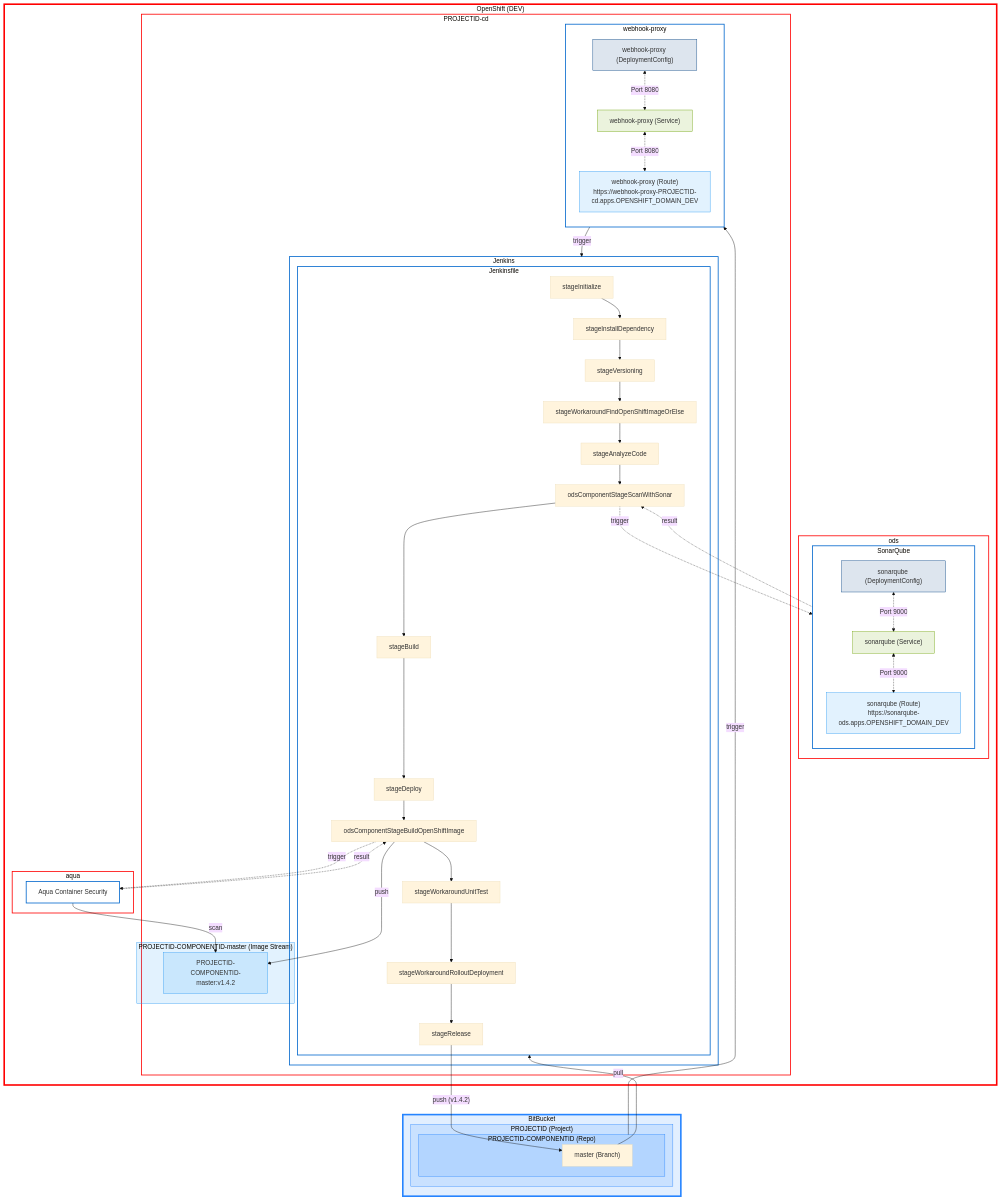
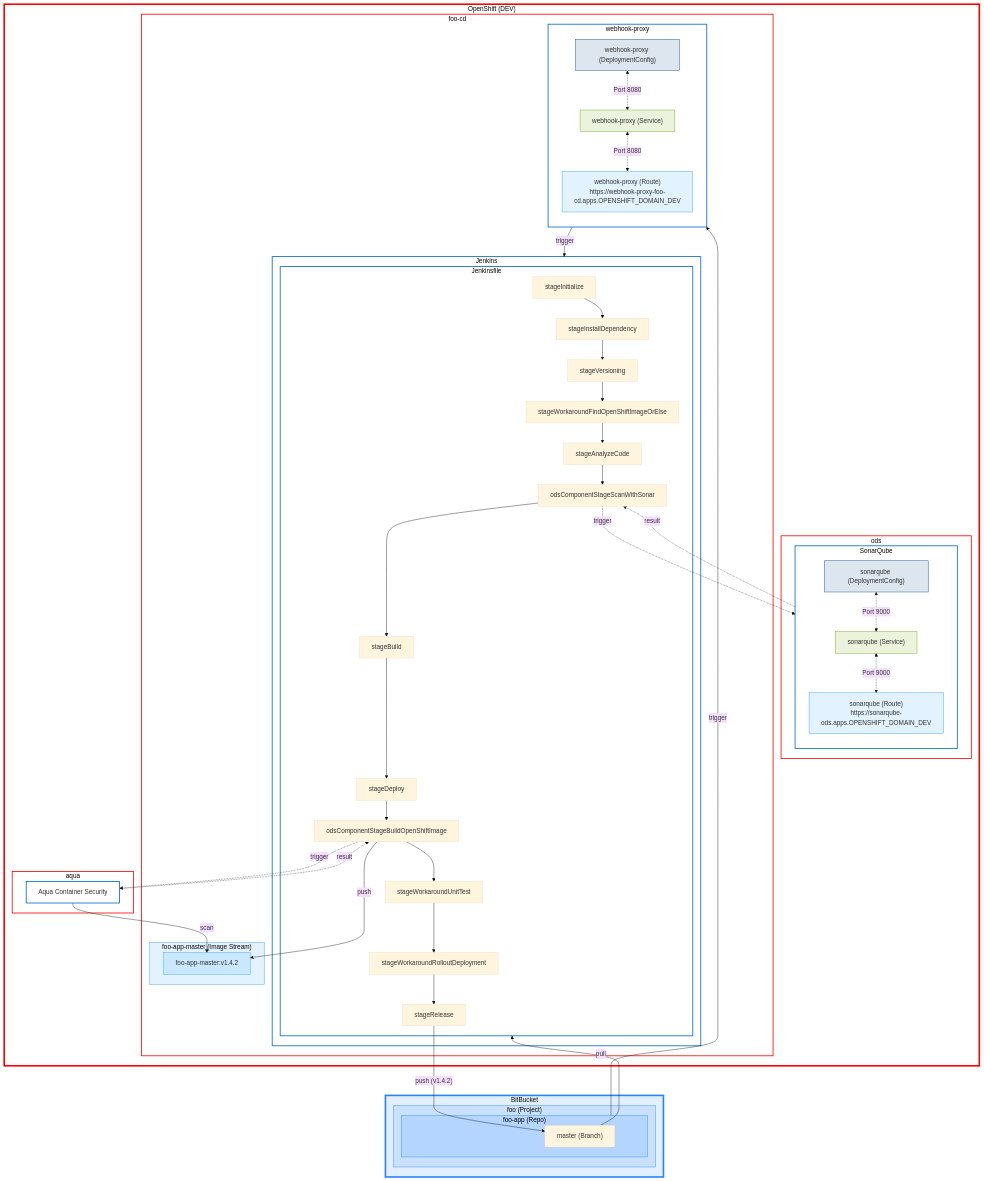
One commit to SimonGolms/ods-quickstarter-fe-ionic-react-vite-playwright changed the first of 5 diagrams in README.md. Above: the diagram before and after it, drawn with Mermaid (base theme). The commit also changed other lines of this file and 1 other file, not shown here.

First line of the commit message:
chore(release): 1.0.3 [skip ci]

````diff
--- a/README.md
+++ b/README.md
@@ -567,67 +567,67 @@
 ```mermaid
 %% If the Mermaid Diagram is not rendered (as is the case on BitBucket), it can be viewed at https://mermaid.live/
 flowchart TB
     subgraph openshift-dev["OpenShift (DEV)"]
         subgraph ods
             subgraph sonarqube["SonarQube"]
                 direction TB
                 ods-DC-sonarqube["sonarqube (DeploymentConfig)"]:::classDeploymentConfig <-. Port 9000 .-> ods-S-sonarqube["sonarqube (Service)"]:::classService <-. Port 9000 .-> ods-RT-sonarqube["sonarqube (Route)\nhttps://sonarqube-ods.apps.OPENSHIFT_DOMAIN_DEV"]:::classRoute
             end
         end
         subgraph aqua
             aqua-aqua["Aqua Container Security"]
         end
-        subgraph PROJECTID-cd
+        subgraph foo-cd
             subgraph webhook-proxy
                 direction TB
-                cd-DC-webhook-proxy["webhook-proxy (DeploymentConfig)"]:::classDeploymentConfig <-. Port 8080 .-> cd-S-webhook-proxy["webhook-proxy (Service)"]:::classService <-. Port 8080 .-> cd-RT-webhook-proxy["webhook-proxy (Route)\nhttps://webhook-proxy-PROJECTID-cd.apps.OPENSHIFT_DOMAIN_DEV"]:::classRoute
+                cd-DC-webhook-proxy["webhook-proxy (DeploymentConfig)"]:::classDeploymentConfig <-. Port 8080 .-> cd-S-webhook-proxy["webhook-proxy (Service)"]:::classService <-. Port 8080 .-> cd-RT-webhook-proxy["webhook-proxy (Route)\nhttps://webhook-proxy-foo-cd.apps.OPENSHIFT_DOMAIN_DEV"]:::classRoute
             end
             subgraph Jenkins
                 subgraph Jenkinsfile
                     stageInitialize-->stageInstallDependency-->stageVersioning-->stageWorkaroundFindOpenShiftImageOrElse --> stageAnalyzeCode-->odsComponentStageScanWithSonar-->stageBuild-->stageDeploy-->odsComponentStageBuildOpenShiftImage-->stageWorkaroundUnitTest-->stageWorkaroundRolloutDeployment-->stageRelease
                 end
             end
-            subgraph cd-IS-PROJECTID-COMPONENTID-master["PROJECTID-COMPONENTID-master (Image Stream)"]
-                cd-IST-PROJECTID-COMPONENTID-master["PROJECTID-COMPONENTID-master:v1.4.2"]:::classImageStreamTag
+            subgraph cd-IS-foo-app-master["foo-app-master (Image Stream)"]
+                cd-IST-foo-app-master["foo-app-master:v1.4.2"]:::classImageStreamTag
             end
         end
     end
     subgraph BitBucket
-        subgraph bb-project-PROJECTID["PROJECTID (Project)"]
-            subgraph bb-project-PROJECTID-COMPONENTID["PROJECTID-COMPONENTID (Repo)"]
-                bb-project-PROJECTID-COMPONENTID-branch-master["master (Branch)"]
+        subgraph bb-project-foo["foo (Project)"]
+            subgraph bb-project-foo-app["foo-app (Repo)"]
+                bb-project-foo-app-branch-master["master (Branch)"]
             end
         end
     end
 
 
-aqua-aqua -- scan --> cd-IST-PROJECTID-COMPONENTID-master
-bb-project-PROJECTID-COMPONENTID -- trigger --> webhook-proxy -- trigger --> Jenkins
-bb-project-PROJECTID-COMPONENTID-branch-master -- pull --> Jenkinsfile
-odsComponentStageBuildOpenShiftImage -- push --> cd-IST-PROJECTID-COMPONENTID-master
+aqua-aqua -- scan --> cd-IST-foo-app-master
+bb-project-foo-app -- trigger --> webhook-proxy -- trigger --> Jenkins
+bb-project-foo-app-branch-master -- pull --> Jenkinsfile
+odsComponentStageBuildOpenShiftImage -- push --> cd-IST-foo-app-master
 odsComponentStageBuildOpenShiftImage -. trigger .-> aqua-aqua -. result .-> odsComponentStageBuildOpenShiftImage
 odsComponentStageScanWithSonar -. trigger .-> sonarqube -. result .-> odsComponentStageScanWithSonar
-stageRelease -- "push (v1.4.2)" --> bb-project-PROJECTID-COMPONENTID-branch-master
+stageRelease -- "push (v1.4.2)" --> bb-project-foo-app-branch-master
 
 %% stlyes
 classDef classBitBucket fill:#2684FF22,stroke:#2684FF,stroke-width:4px
 classDef classBitBucketProject fill:#2684FF22,stroke:#2684FF
 classDef classBuildConfig fill:#00408022,stroke:#004080
 classDef classDeployment fill:#00408022,stroke:#004080
 classDef classDeploymentConfig fill:#00408022,stroke:#004080
 classDef classHelmRelease fill:#2b9af322,stroke:#2b9af3
 classDef classImageStream fill:#2b9af322,stroke:#2b9af3
 classDef classImageStreamTag fill:#2b9af322,stroke:#2b9af3
 classDef classOcpProject fill:#ffffff00,stroke:#f00,stroke-width:2px
 classDef classOcpResource fill:#ffffff00,stroke:#06c,stroke-width:2px
 classDef classOpenShift fill:#ffffff00,stroke:#f00,stroke-width:4px
 classDef classRoute fill:#2b9af322,stroke:#2b9af3
 classDef classService fill:#6ca10022,stroke:#6ca100
 
 class BitBucket classBitBucket
-class bb-project-PROJECTID,bb-project-PROJECTID-COMPONENTID classBitBucketProject
-class cd-IS-PROJECTID-COMPONENTID-master classImageStream
-class aqua,ods,PROJECTID-cd,PROJECTID-dev classOcpProject
+class bb-project-foo,bb-project-foo-app classBitBucketProject
+class cd-IS-foo-app-master classImageStream
+class aqua,ods,foo-cd,foo-dev classOcpProject
 class aqua-aqua,Jenkins,Jenkinsfile,sonarqube,webhook-proxy classOcpResource
 class openshift-dev classOpenShift
 ```
````
